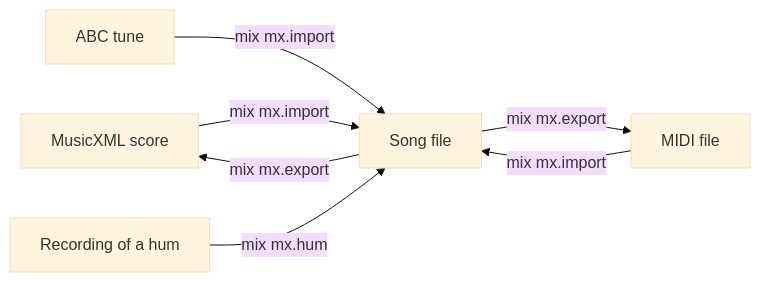
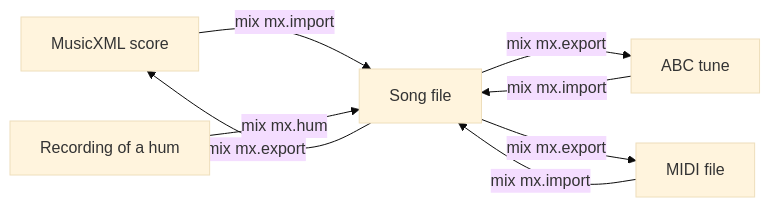
The diagram in documentation/scores.md (mx-music/mx), drawn with Mermaid (base theme) before and after one commit. The commit also changed other lines of this file and 4 other files, not shown here.

Commit message:
Export a song as ABC

````diff
--- a/documentation/scores.md
+++ b/documentation/scores.md
@@ -7,15 +7,16 @@
 ```mermaid
 graph LR
   score["MusicXML score"]
   midi["MIDI file"]
   abc["ABC tune"]
   hum["Recording of a hum"]
   song["Song file"]
 
   score -->|mix mx.import| song
   song -->|mix mx.export| score
   midi -->|mix mx.import| song
   abc -->|mix mx.import| song
+  song -->|mix mx.export| abc
   song -->|mix mx.export| midi
   hum -->|mix mx.hum| song
 ```
````
